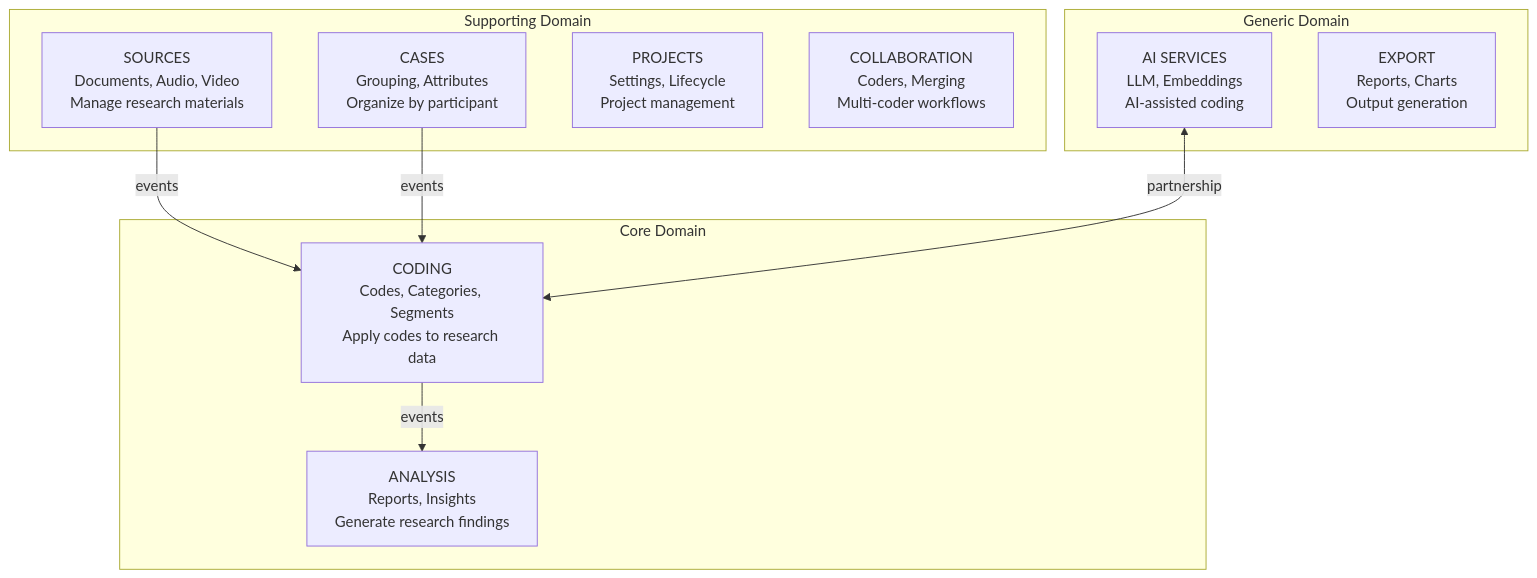
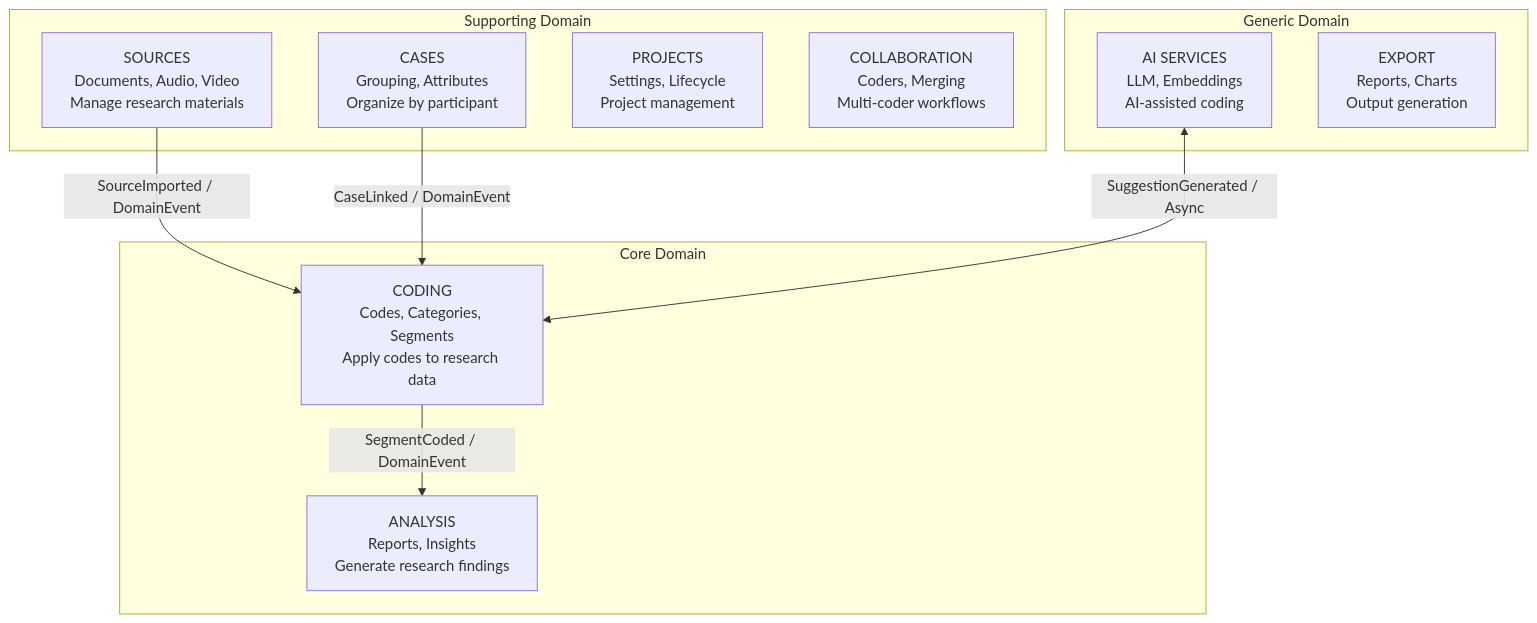
Before and after one commit to scope-impact/QualCoder-v2: the third of 7 diagrams in backlog/docs/doc-002 architecture.md, drawn with Mermaid. The commit also changed other lines of this file and 1 other file, not shown here.

First line of the commit message:
docs(architecture): add protocol labels to C4 diagrams

````diff
--- a/backlog/docs/doc-002 architecture.md
+++ b/backlog/docs/doc-002 architecture.md
@@ -93,24 +93,24 @@
 ```mermaid
 graph TB
     subgraph Core Domain
         COD[CODING<br>Codes, Categories, Segments<br>Apply codes to research data]
         ANA[ANALYSIS<br>Reports, Insights<br>Generate research findings]
     end
 
     subgraph Supporting Domain
         SRC[SOURCES<br>Documents, Audio, Video<br>Manage research materials]
         CAS[CASES<br>Grouping, Attributes<br>Organize by participant]
         PRJ[PROJECTS<br>Settings, Lifecycle<br>Project management]
         COL[COLLABORATION<br>Coders, Merging<br>Multi-coder workflows]
     end
 
     subgraph Generic Domain
         AI[AI SERVICES<br>LLM, Embeddings<br>AI-assisted coding]
         EXP[EXPORT<br>Reports, Charts<br>Output generation]
     end
 
-    COD -->|events| ANA
-    SRC -->|events| COD
-    CAS -->|events| COD
-    AI <-->|partnership| COD
+    COD -->|"SegmentCoded / DomainEvent"| ANA
+    SRC -->|"SourceImported / DomainEvent"| COD
+    CAS -->|"CaseLinked / DomainEvent"| COD
+    AI <-->|"SuggestionGenerated / Async"| COD
 ```
````
